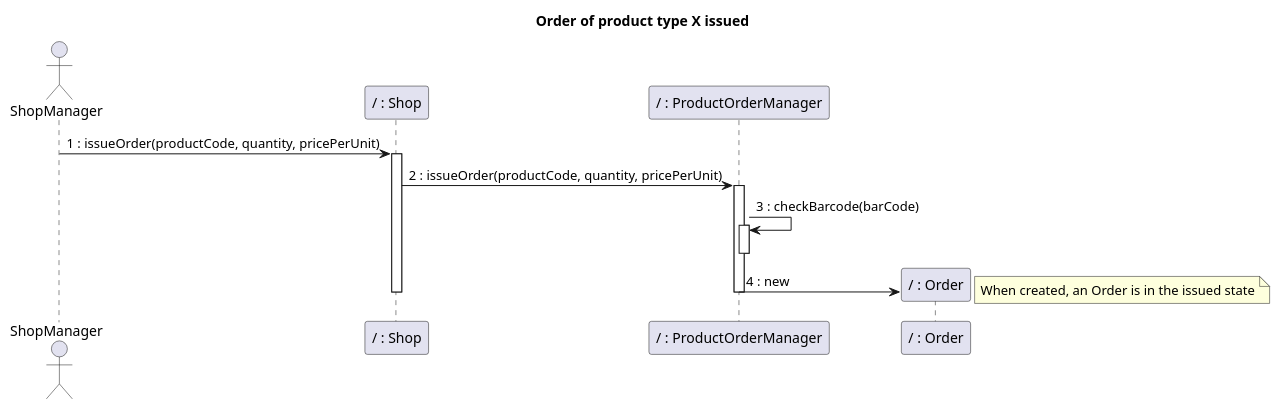
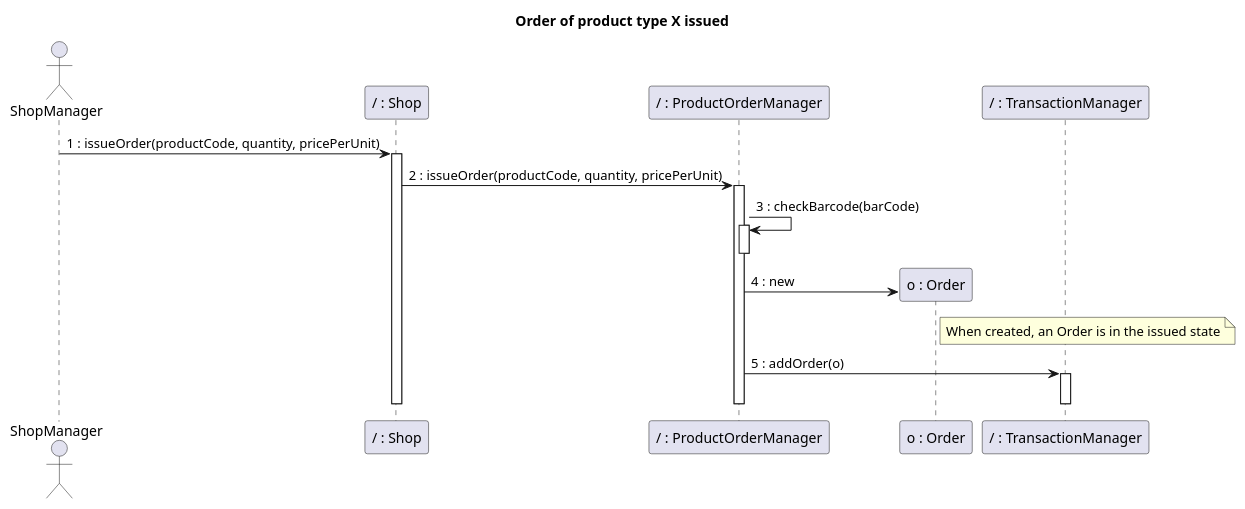
The ninth of 32 diagrams in Deliverables/DesignDocument.md (nicolabattaglino/ezshop), drawn with PlantUML before and after one commit. The commit also changed other lines of this file, not shown here.

````diff
--- a/Deliverables/DesignDocument.md
+++ b/Deliverables/DesignDocument.md
@@ -591,24 +590,28 @@
 ```plantuml
 @startuml
 
 title Order of product type X issued
 actor ShopManager
 actor ShopManager
 participant "/ : Shop" as Shop
 participant "/ : ProductOrderManager" as ProductOrderManager
-participant "/ : Order" as Order
+participant "o : Order" as Order
+participant "/ : TransactionManager" as TransactionManager
 ShopManager -> Shop: 1 : issueOrder(productCode, quantity, pricePerUnit)
 activate Shop
 Shop -> ProductOrderManager: 2 : issueOrder(productCode, quantity, pricePerUnit)
 activate ProductOrderManager
 ProductOrderManager -> ProductOrderManager: 3 : checkBarcode(barCode)
 activate ProductOrderManager
 deactivate ProductOrderManager
 create Order
 ProductOrderManager -> Order: 4 : new
-note right: When created, an Order is in the issued state
+note right of Order: When created, an Order is in the issued state
+ProductOrderManager -> TransactionManager : 5 : addOrder(o)
+activate TransactionManager 
+deactivate TransactionManager
 deactivate ProductOrderManager
 deactivate Shop
 
 @enduml
 ```
````
